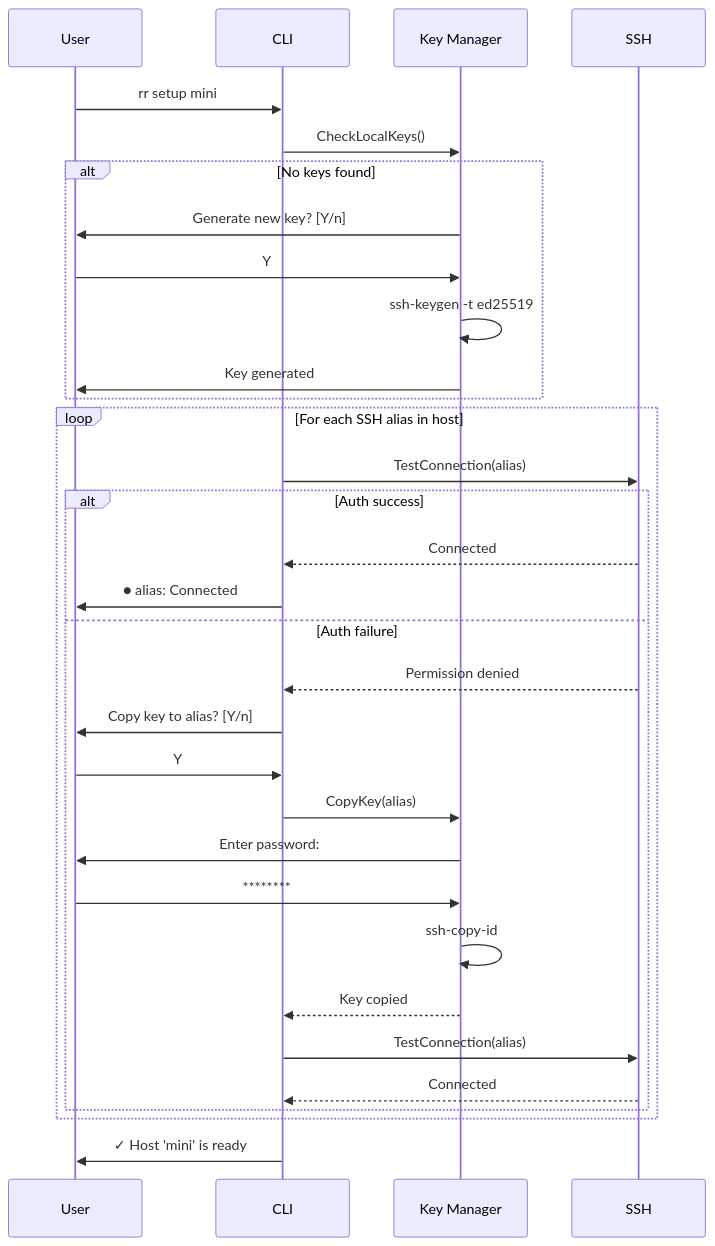
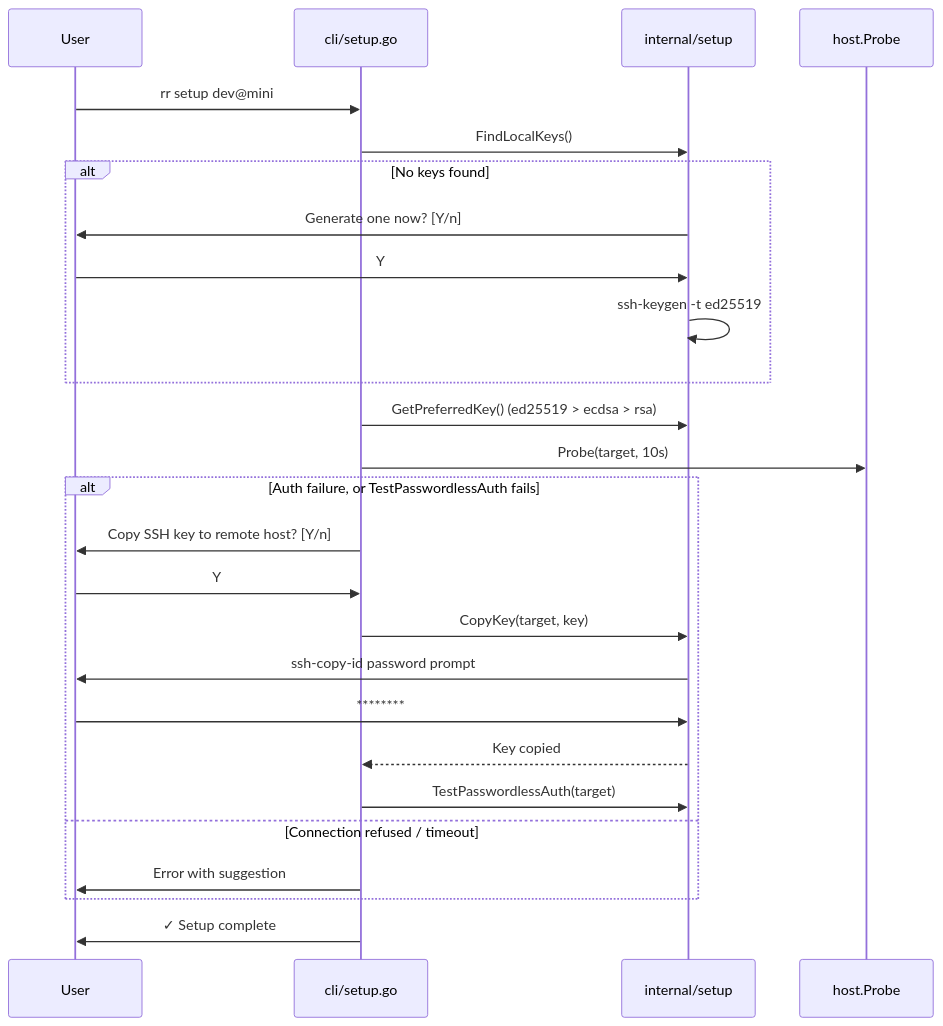
The sixth of 8 diagrams in docs/ARCHITECTURE.md (rileyhilliard/rr), drawn with Mermaid before and after one commit. The commit also changed other lines of this file and 23 other files, not shown here.

````diff
--- a/docs/ARCHITECTURE.md
+++ b/docs/ARCHITECTURE.md
@@ -1043,38 +1234,33 @@
 ```mermaid
 sequenceDiagram
     participant User
-    participant CLI
-    participant KeyMgr as Key Manager
-    participant SSH
+    participant CLI as cli/setup.go
+    participant KeyMgr as internal/setup
+    participant SSH as host.Probe
 
-    User->>CLI: rr setup mini
-    CLI->>KeyMgr: CheckLocalKeys()
+    User->>CLI: rr setup dev@mini
+    CLI->>KeyMgr: FindLocalKeys()
 
     alt No keys found
-        KeyMgr->>User: Generate new key? [Y/n]
+        KeyMgr->>User: Generate one now? [Y/n]
         User->>KeyMgr: Y
         KeyMgr->>KeyMgr: ssh-keygen -t ed25519
-        KeyMgr->>User: Key generated
     end
 
-    loop For each SSH alias in host
-        CLI->>SSH: TestConnection(alias)
-        alt Auth success
-            SSH-->>CLI: Connected
-            CLI->>User: ● alias: Connected
-        else Auth failure
-            SSH-->>CLI: Permission denied
-            CLI->>User: Copy key to alias? [Y/n]
-            User->>CLI: Y
-            CLI->>KeyMgr: CopyKey(alias)
-            KeyMgr->>User: Enter password:
-            User->>KeyMgr: ********
-            KeyMgr->>KeyMgr: ssh-copy-id
-            KeyMgr-->>CLI: Key copied
-            CLI->>SSH: TestConnection(alias)
-            SSH-->>CLI: Connected
-        end
+    CLI->>KeyMgr: GetPreferredKey() (ed25519 > ecdsa > rsa)
+    CLI->>SSH: Probe(target, 10s)
+
+    alt Auth failure, or TestPasswordlessAuth fails
+        CLI->>User: Copy SSH key to remote host? [Y/n]
+        User->>CLI: Y
+        CLI->>KeyMgr: CopyKey(target, key)
+        KeyMgr->>User: ssh-copy-id password prompt
+        User->>KeyMgr: ********
+        KeyMgr-->>CLI: Key copied
+        CLI->>KeyMgr: TestPasswordlessAuth(target)
+    else Connection refused / timeout
+        CLI->>User: Error with suggestion
     end
 
-    CLI->>User: ✓ Host 'mini' is ready
+    CLI->>User: ✓ Setup complete
 ```
````
